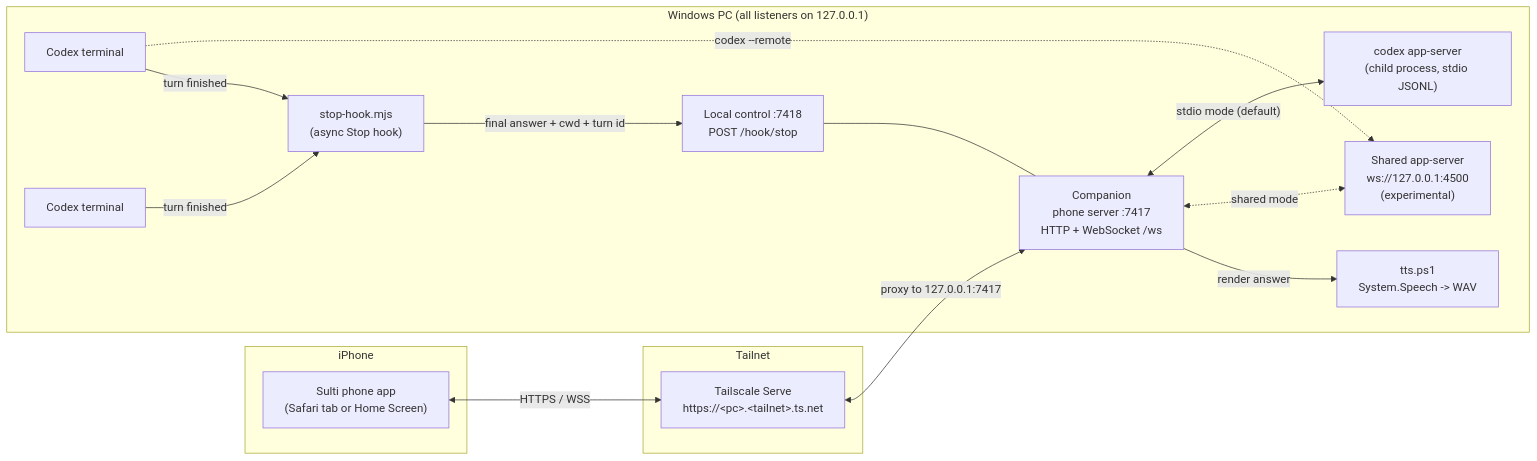
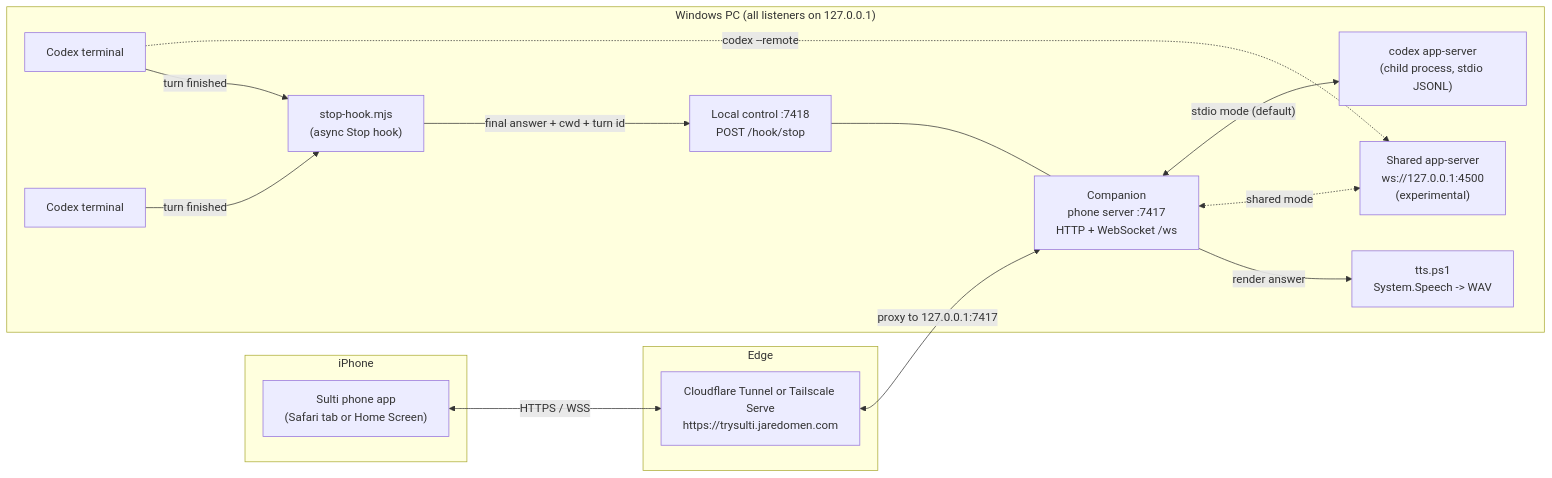
One commit to karl2522/sulti changed the diagram in docs/ARCHITECTURE.md. Above: the diagram before and after it, drawn with Mermaid. The commit also changed other lines of this file and 15 other files, not shown here.

Commit message:
feat: production readiness for Cloudflare Tunnel at trysulti.jaredomen.com, with e2e and live tunnel tests

````diff
--- a/docs/ARCHITECTURE.md
+++ b/docs/ARCHITECTURE.md
@@ -5,29 +5,29 @@
 ```mermaid
 flowchart LR
   subgraph iPhone
     P["Sulti phone app<br/>(Safari tab or Home Screen)"]
   end
-  subgraph Tailnet
-    TS["Tailscale Serve<br/>https://&lt;pc&gt;.&lt;tailnet&gt;.ts.net"]
+  subgraph Edge
+    TS["Cloudflare Tunnel or Tailscale Serve<br/>https://trysulti.jaredomen.com"]
   end
   subgraph PC["Windows PC (all listeners on 127.0.0.1)"]
     C["Companion<br/>phone server :7417<br/>HTTP + WebSocket /ws"]
     K["Local control :7418<br/>POST /hook/stop"]
     AS["codex app-server<br/>(child process, stdio JSONL)"]
     SH["Shared app-server<br/>ws://127.0.0.1:4500<br/>(experimental)"]
     T1["Codex terminal"]
     T2["Codex terminal"]
     H["stop-hook.mjs<br/>(async Stop hook)"]
     TTS["tts.ps1<br/>System.Speech -> WAV"]
   end
   P <-->|"HTTPS / WSS"| TS
   TS <-->|"proxy to 127.0.0.1:7417"| C
   C <-->|"stdio mode (default)"| AS
   C <-.->|"shared mode"| SH
   T1 -.->|"codex --remote"| SH
   T1 -->|"turn finished"| H
   T2 -->|"turn finished"| H
   H -->|"final answer + cwd + turn id"| K
   K --- C
   C -->|"render answer"| TTS
 ```
````
